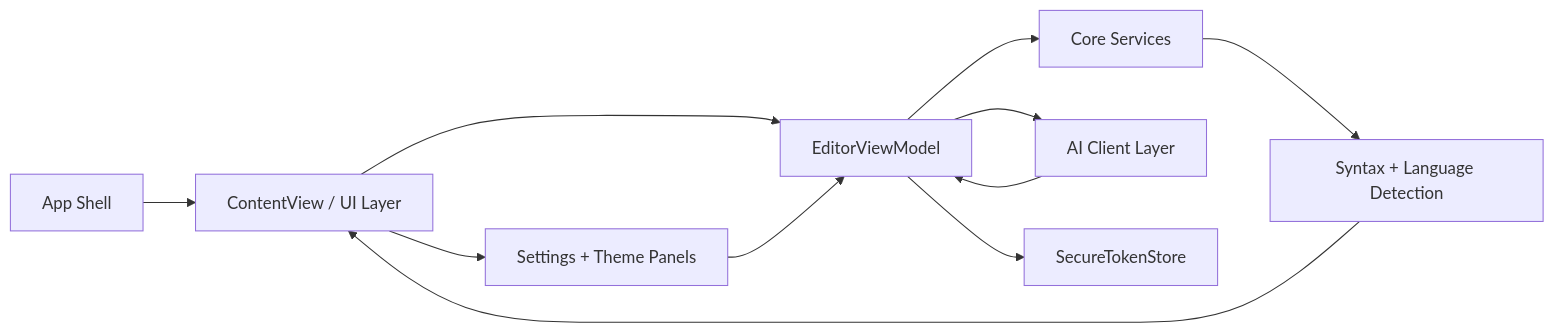
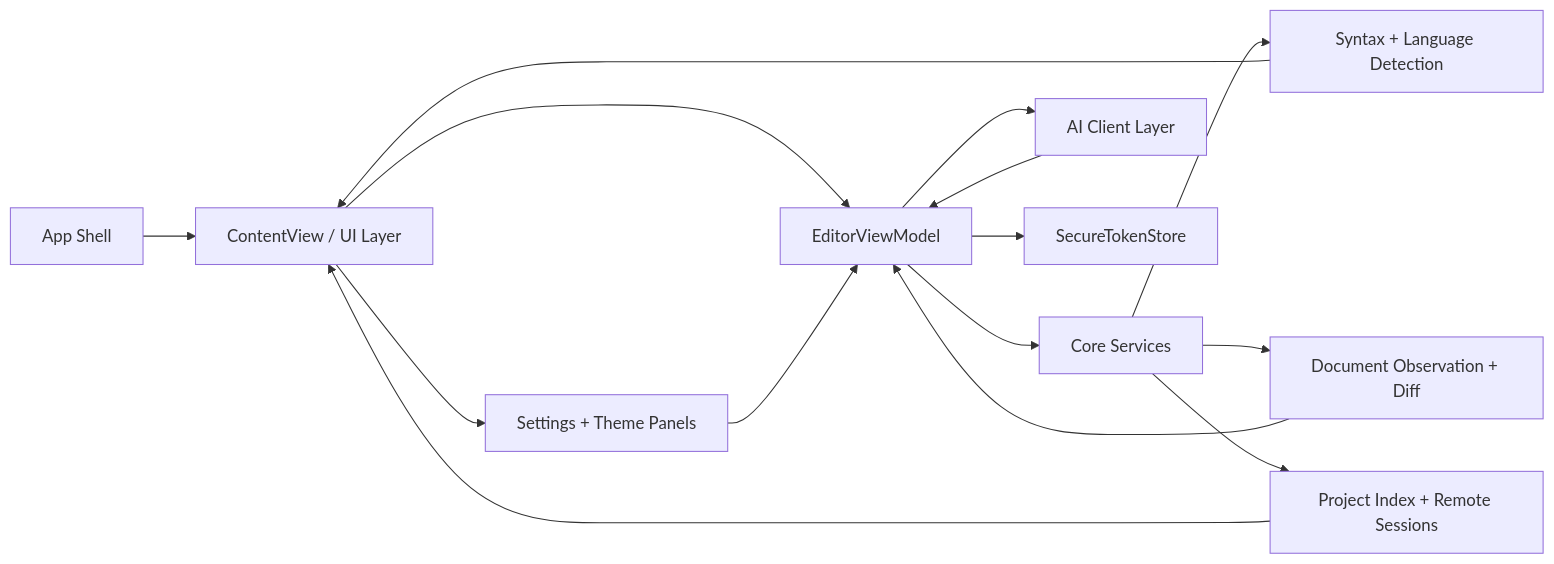
One commit to h3pdesign/appsh3p changed the diagram in docs/apps/neon-vision-editor/components-overview.md. Above: the diagram before and after it, drawn with Mermaid. The commit also changed other lines of this file and 13 other files, not shown here.

````diff
--- a/docs/apps/neon-vision-editor/components-overview.md
+++ b/docs/apps/neon-vision-editor/components-overview.md
@@ -66,13 +73,17 @@
 ```mermaid
 flowchart LR
   A["App Shell"] --> B["ContentView / UI Layer"]
   B --> C["EditorViewModel"]
   C --> D["Core Services"]
   C --> E["AI Client Layer"]
   D --> F["Syntax + Language Detection"]
+  D --> I["Document Observation + Diff"]
+  D --> J["Project Index + Remote Sessions"]
   C --> G["SecureTokenStore"]
   B --> H["Settings + Theme Panels"]
   H --> C
   E --> C
   F --> B
+  I --> C
+  J --> B
 ```
````
